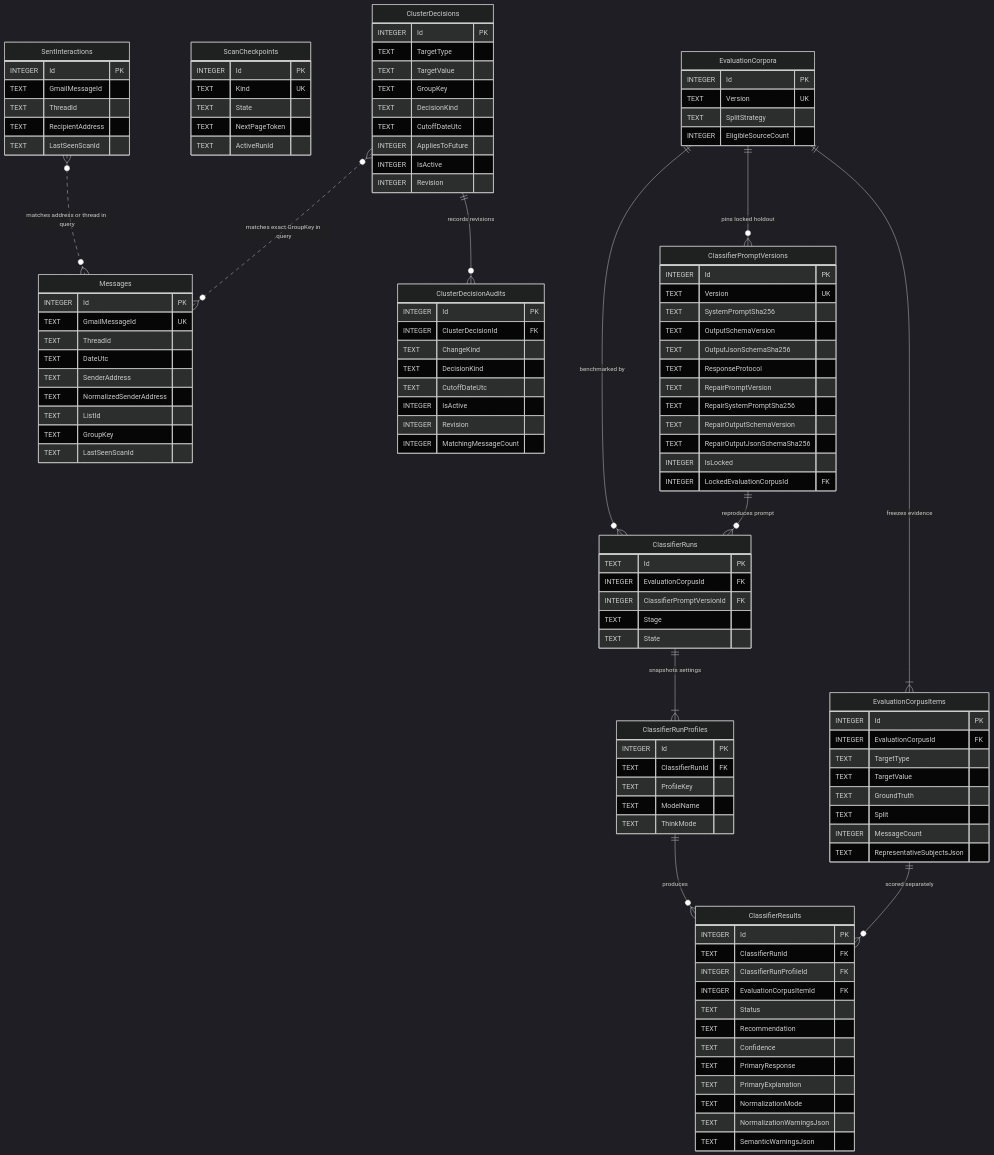
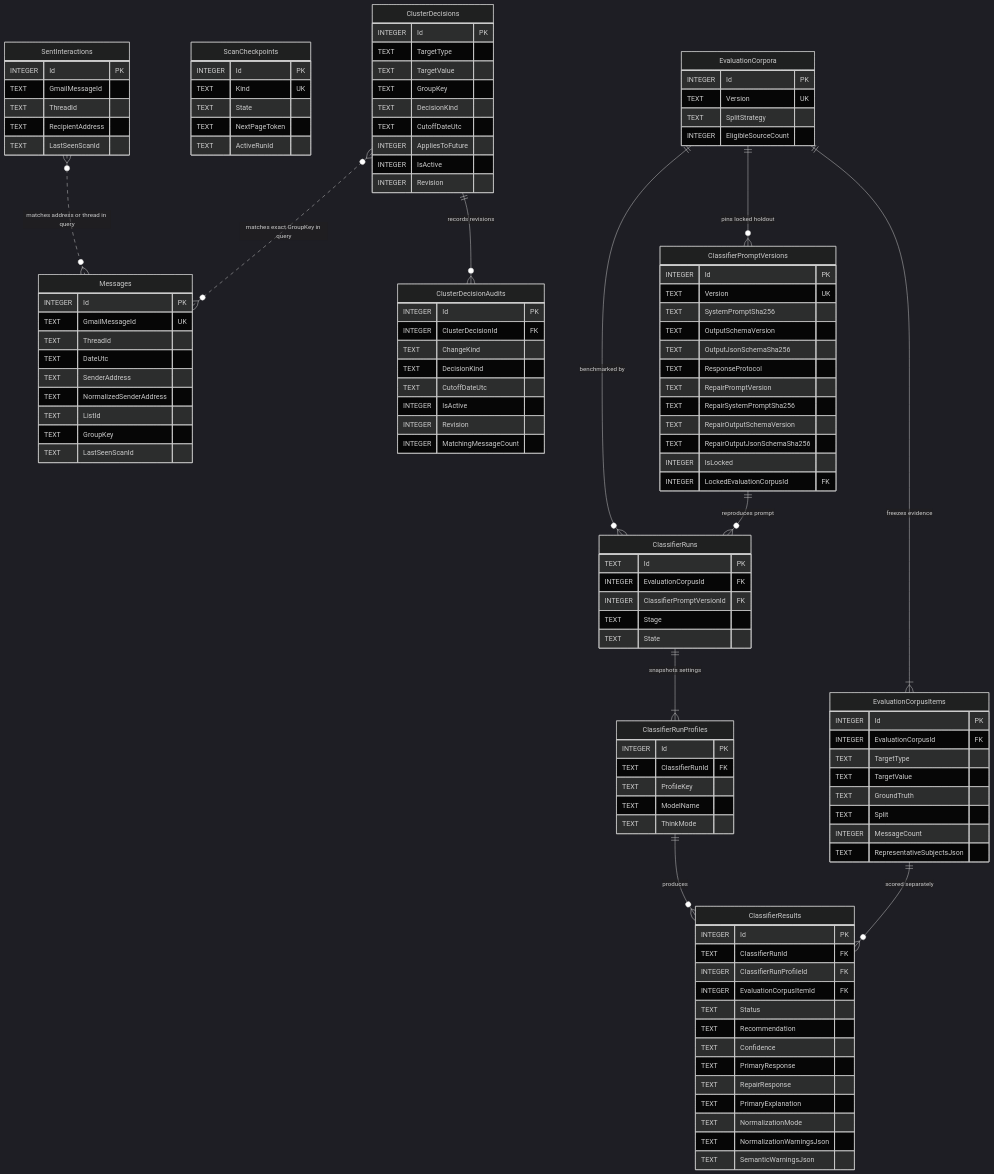
The diagram in docs/database-schema.md (JayCroghan/Inbox-Curator), drawn with Mermaid (dark theme) before and after one commit. The commit also changed other lines of this file and 24 other files, not shown here.

```diff
--- a/docs/database-schema.md
+++ b/docs/database-schema.md
@@ -103,6 +103,7 @@
         TEXT Recommendation
         TEXT Confidence
         TEXT PrimaryResponse
+        TEXT RepairResponse
         TEXT PrimaryExplanation
         TEXT NormalizationMode
         TEXT NormalizationWarningsJson
```
